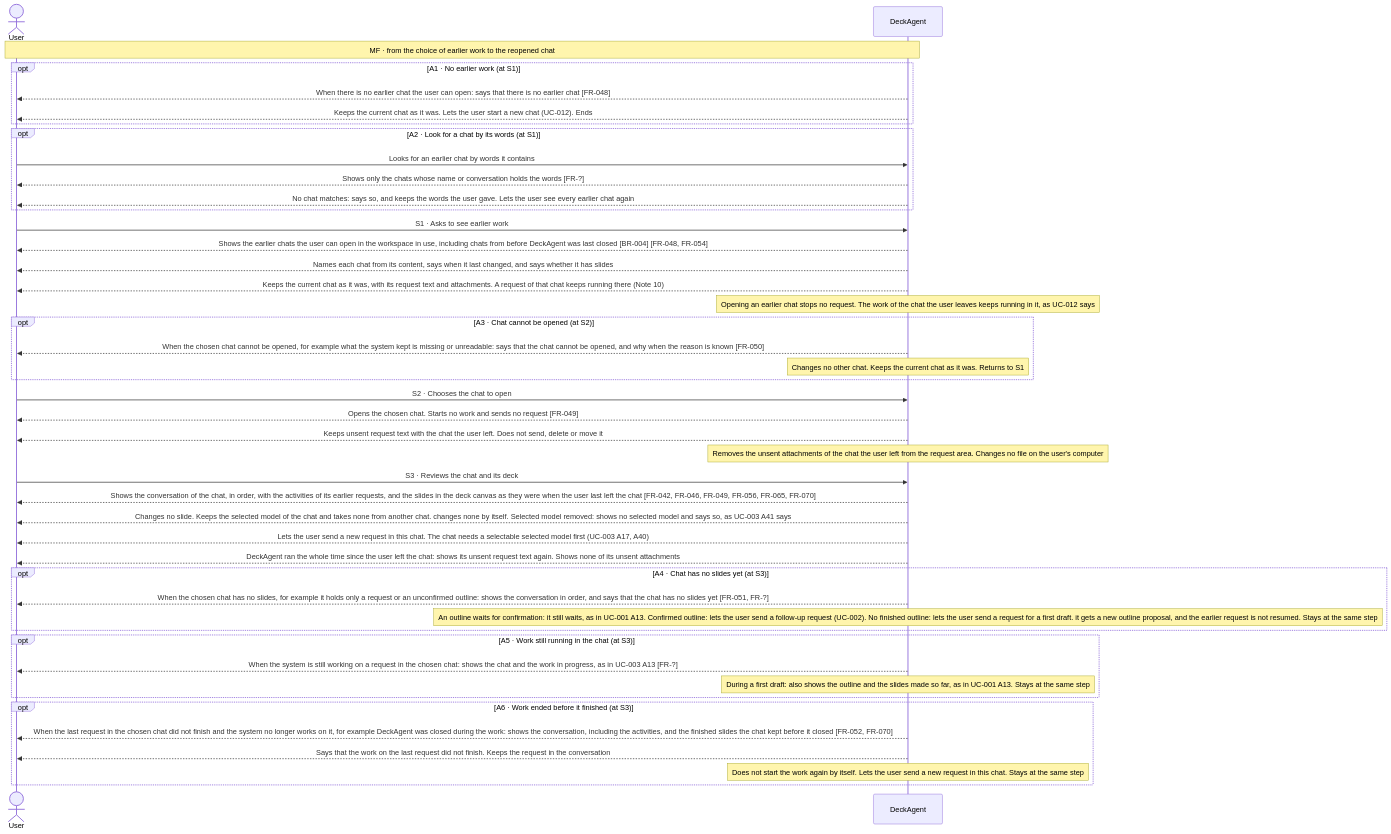
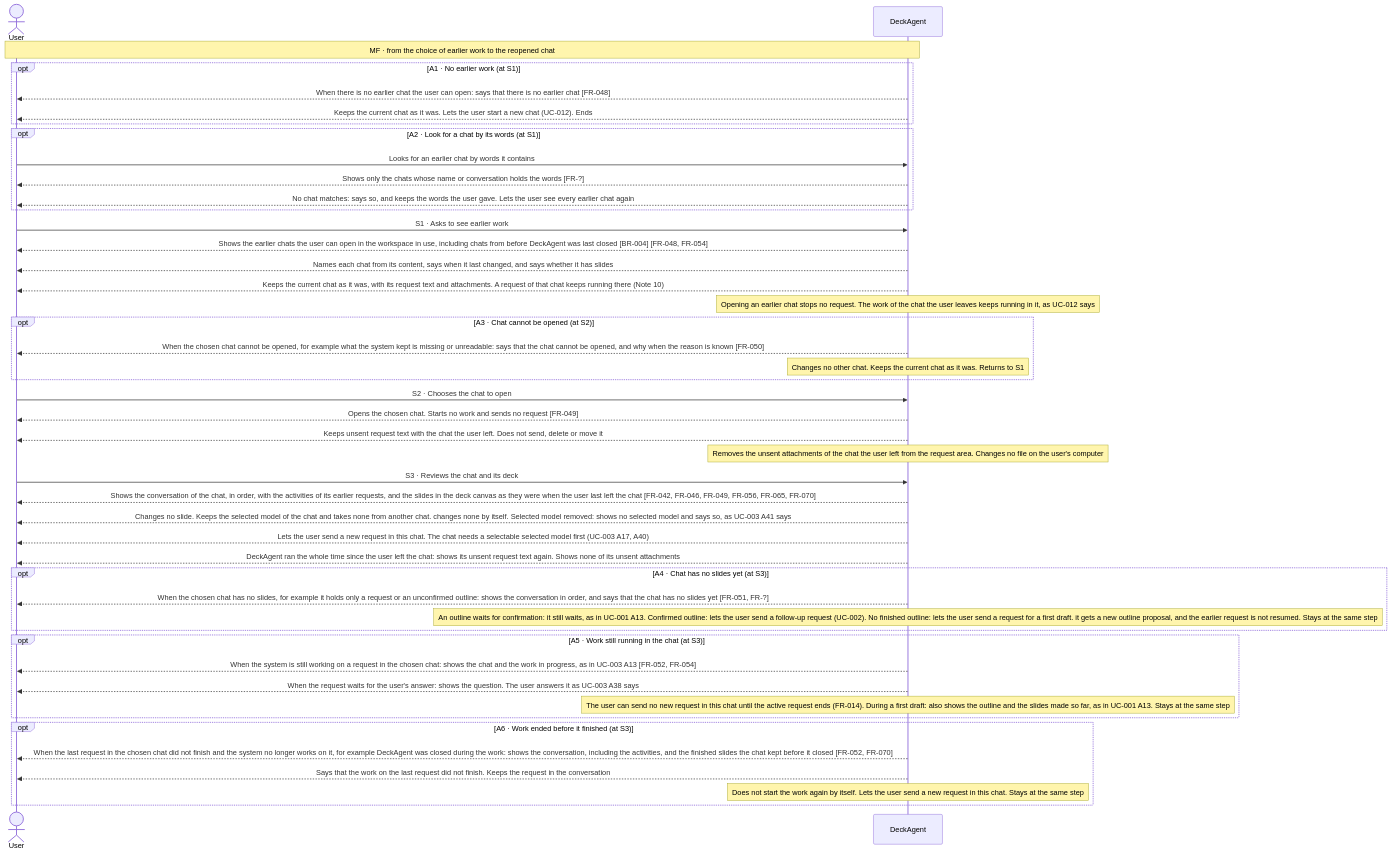
Before and after one commit to Luke23127006/DeckAgent: the diagram in docs/spec/03-use-cases/UC-006.md, drawn with Mermaid. The commit also changed other lines of this file and 128 other files, not shown here.

````diff
--- a/docs/spec/03-use-cases/UC-006.md
+++ b/docs/spec/03-use-cases/UC-006.md
@@ -43,46 +40,47 @@
 ```mermaid
 sequenceDiagram
     actor User
     participant DeckAgent
     Note over User,DeckAgent: MF · from the choice of earlier work to the reopened chat
     opt A1 · No earlier work (at S1)
         DeckAgent-->>User: When there is no earlier chat the user can open: says that there is no earlier chat [FR-048]
         DeckAgent-->>User: Keeps the current chat as it was. Lets the user start a new chat (UC-012). Ends
     end
     opt A2 · Look for a chat by its words (at S1)
         User->>DeckAgent: Looks for an earlier chat by words it contains
         DeckAgent-->>User: Shows only the chats whose name or conversation holds the words [FR-?]
         DeckAgent-->>User: No chat matches: says so, and keeps the words the user gave. Lets the user see every earlier chat again
     end
     User->>DeckAgent: S1 · Asks to see earlier work
     DeckAgent-->>User: Shows the earlier chats the user can open in the workspace in use, including chats from before DeckAgent was last closed [BR-004] [FR-048, FR-054]
     DeckAgent-->>User: Names each chat from its content, says when it last changed, and says whether it has slides
     DeckAgent-->>User: Keeps the current chat as it was, with its request text and attachments. A request of that chat keeps running there (Note 10)
     note over DeckAgent: Opening an earlier chat stops no request. The work of the chat the user leaves keeps running in it, as UC-012 says
     opt A3 · Chat cannot be opened (at S2)
         DeckAgent-->>User: When the chosen chat cannot be opened, for example what the system kept is missing or unreadable: says that the chat cannot be opened, and why when the reason is known [FR-050]
         note over DeckAgent: Changes no other chat. Keeps the current chat as it was. Returns to S1
     end
     User->>DeckAgent: S2 · Chooses the chat to open
     DeckAgent-->>User: Opens the chosen chat. Starts no work and sends no request [FR-049]
     DeckAgent-->>User: Keeps unsent request text with the chat the user left. Does not send, delete or move it
     note over DeckAgent: Removes the unsent attachments of the chat the user left from the request area. Changes no file on the user's computer
     User->>DeckAgent: S3 · Reviews the chat and its deck
     DeckAgent-->>User: Shows the conversation of the chat, in order, with the activities of its earlier requests, and the slides in the deck canvas as they were when the user last left the chat [FR-042, FR-046, FR-049, FR-056, FR-065, FR-070]
     DeckAgent-->>User: Changes no slide. Keeps the selected model of the chat and takes none from another chat. changes none by itself. Selected model removed: shows no selected model and says so, as UC-003 A41 says
     DeckAgent-->>User: Lets the user send a new request in this chat. The chat needs a selectable selected model first (UC-003 A17, A40)
     DeckAgent-->>User: DeckAgent ran the whole time since the user left the chat: shows its unsent request text again. Shows none of its unsent attachments
     opt A4 · Chat has no slides yet (at S3)
         DeckAgent-->>User: When the chosen chat has no slides, for example it holds only a request or an unconfirmed outline: shows the conversation in order, and says that the chat has no slides yet [FR-051, FR-?]
         note over DeckAgent: An outline waits for confirmation: it still waits, as in UC-001 A13. Confirmed outline: lets the user send a follow-up request (UC-002). No finished outline: lets the user send a request for a first draft. it gets a new outline proposal, and the earlier request is not resumed. Stays at the same step
     end
     opt A5 · Work still running in the chat (at S3)
-        DeckAgent-->>User: When the system is still working on a request in the chosen chat: shows the chat and the work in progress, as in UC-003 A13 [FR-?]
-        note over DeckAgent: During a first draft: also shows the outline and the slides made so far, as in UC-001 A13. Stays at the same step
+        DeckAgent-->>User: When the system is still working on a request in the chosen chat: shows the chat and the work in progress, as in UC-003 A13 [FR-052, FR-054]
+        DeckAgent-->>User: When the request waits for the user's answer: shows the question. The user answers it as UC-003 A38 says
+        note over DeckAgent: The user can send no new request in this chat until the active request ends (FR-014). During a first draft: also shows the outline and the slides made so far, as in UC-001 A13. Stays at the same step
     end
     opt A6 · Work ended before it finished (at S3)
         DeckAgent-->>User: When the last request in the chosen chat did not finish and the system no longer works on it, for example DeckAgent was closed during the work: shows the conversation, including the activities, and the finished slides the chat kept before it closed [FR-052, FR-070]
         DeckAgent-->>User: Says that the work on the last request did not finish. Keeps the request in the conversation
         note over DeckAgent: Does not start the work again by itself. Lets the user send a new request in this chat. Stays at the same step
     end
 ```
````
